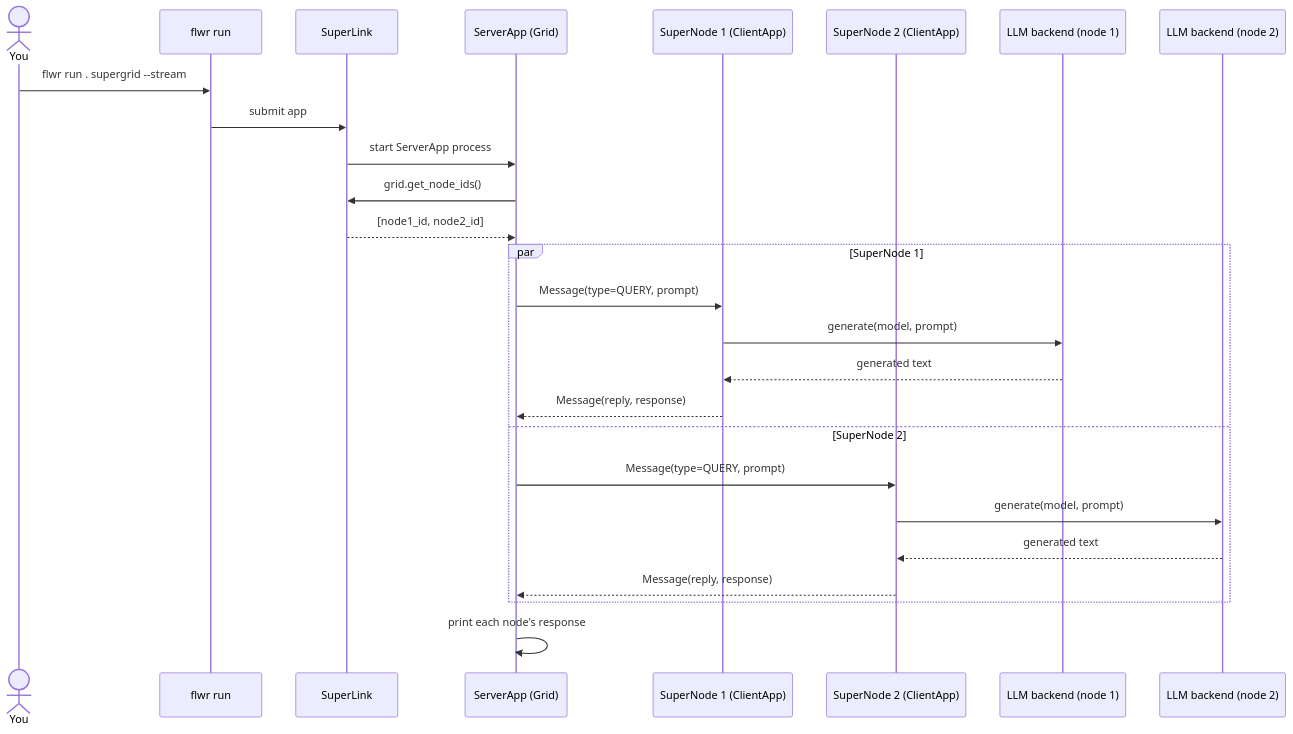
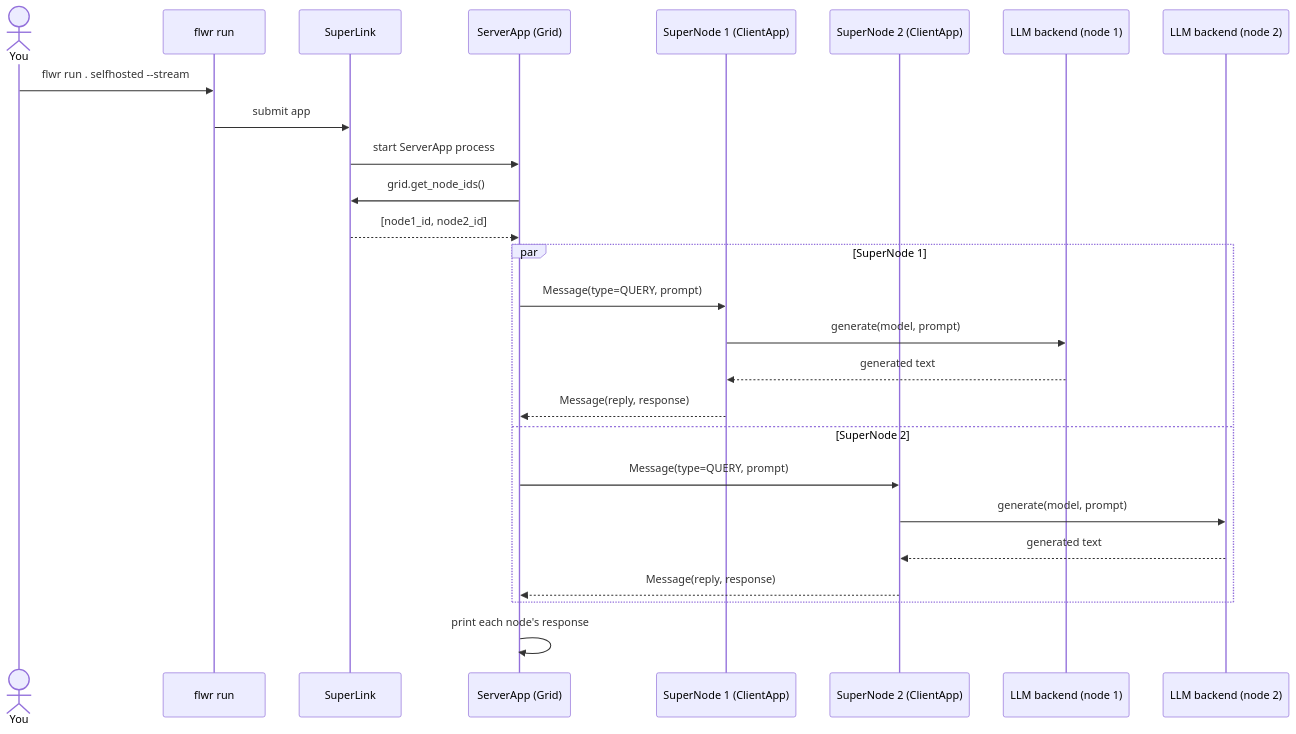
Before and after one commit to JuanMaParraU/inference_flower_supergrid: the second of 2 diagrams in README.md, drawn with Mermaid. The commit also changed other lines of this file and 5 other files, not shown here.

Commit message:
Updated to use a newer version of Flower supergrid >1.4

````diff
--- a/README.md
+++ b/README.md
@@ -52,31 +52,31 @@
 ```mermaid
 sequenceDiagram
     actor You
     participant CLI as flwr run
     participant SL as SuperLink
     participant SA as ServerApp (Grid)
     participant N1 as SuperNode 1 (ClientApp)
     participant N2 as SuperNode 2 (ClientApp)
     participant B1 as LLM backend (node 1)
     participant B2 as LLM backend (node 2)
 
-    You->>CLI: flwr run . supergrid --stream
+    You->>CLI: flwr run . selfhosted --stream
     CLI->>SL: submit app
     SL->>SA: start ServerApp process
     SA->>SL: grid.get_node_ids()
     SL-->>SA: [node1_id, node2_id]
 
     par SuperNode 1
         SA->>N1: Message(type=QUERY, prompt)
         N1->>B1: generate(model, prompt)
         B1-->>N1: generated text
         N1-->>SA: Message(reply, response)
     and SuperNode 2
         SA->>N2: Message(type=QUERY, prompt)
         N2->>B2: generate(model, prompt)
         B2-->>N2: generated text
         N2-->>SA: Message(reply, response)
     end
 
     SA->>SA: print each node's response
 ```
````
